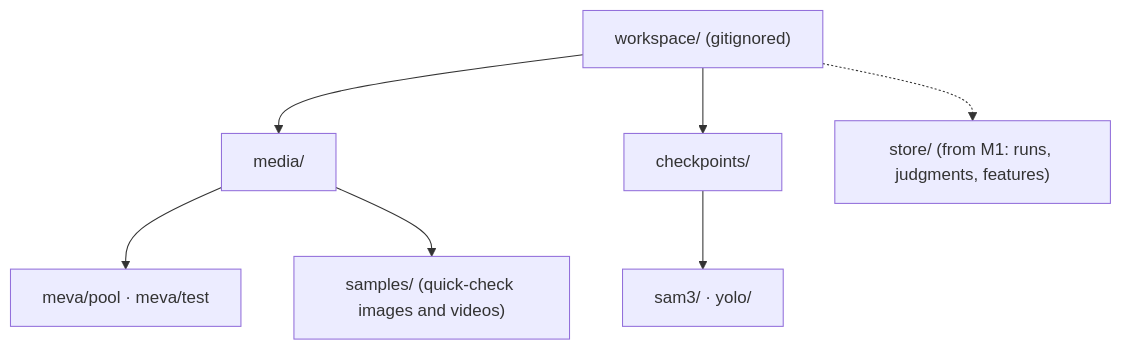
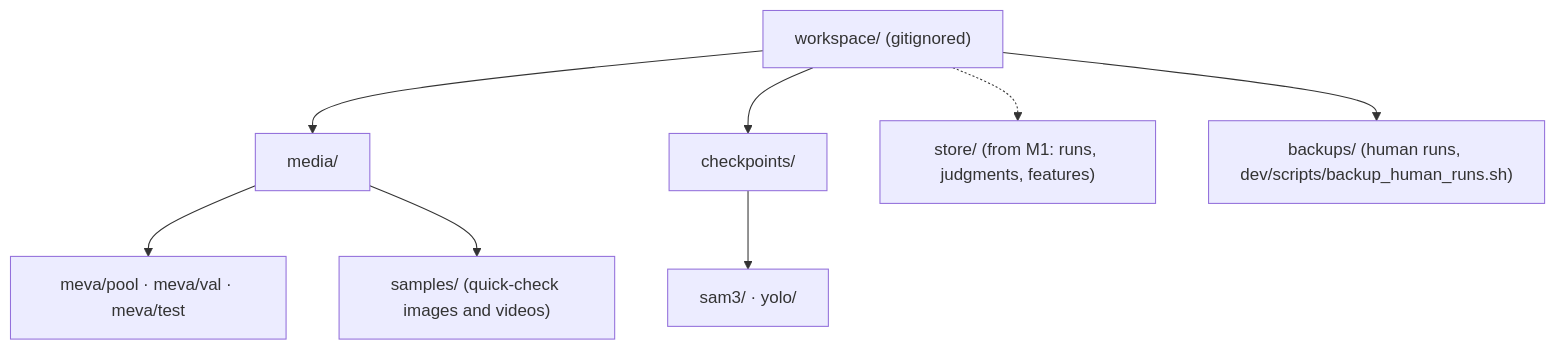
One commit to cupcakes04/Rin changed the first of 2 diagrams in dev/notes/heavy_data.md. Above: the diagram before and after it, drawn with Mermaid. The commit also changed other lines of this file and 21 other files, not shown here.

````diff
--- a/dev/notes/heavy_data.md
+++ b/dev/notes/heavy_data.md
@@ -5,9 +5,10 @@
 ```mermaid
 flowchart TB
     W["workspace/ (gitignored)"] --> MED["media/"]
     W --> CK["checkpoints/"]
     W -.-> ST["store/ (from M1: runs, judgments, features)"]
-    MED --> MEVA["meva/pool · meva/test"]
+    W --> BK["backups/ (human runs, dev/scripts/backup_human_runs.sh)"]
+    MED --> MEVA["meva/pool · meva/val · meva/test"]
     MED --> SMP["samples/ (quick-check images and videos)"]
     CK --> C1["sam3/ · yolo/"]
 ```
````
